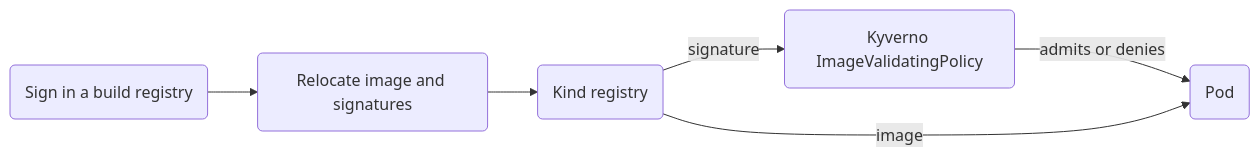
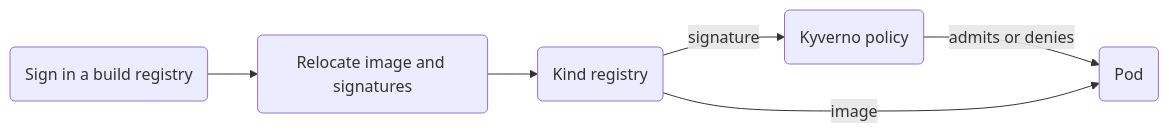
One commit to tuminoid/container-signing-poc changed the diagram in kyverno/README.md. Above: the diagram before and after it, drawn with Mermaid. The commit also changed other lines of this file and 17 other files, not shown here.

First line of the commit message:
pin Kyverno per flow, legacy verification on 1.19

````diff
--- a/kyverno/README.md
+++ b/kyverno/README.md
@@ -11,14 +23,14 @@
 ```mermaid
 flowchart LR
     sign(Sign in a build registry)
     move(Relocate image and signatures)
     reg(Kind registry)
-    kyv(Kyverno ImageValidatingPolicy)
+    kyv(Kyverno policy)
     pod(Pod)
 
     sign-->move
     move-->reg
     reg-->|signature|kyv
     kyv-->|admits or denies|pod
     reg-->|image|pod
 ```
````
